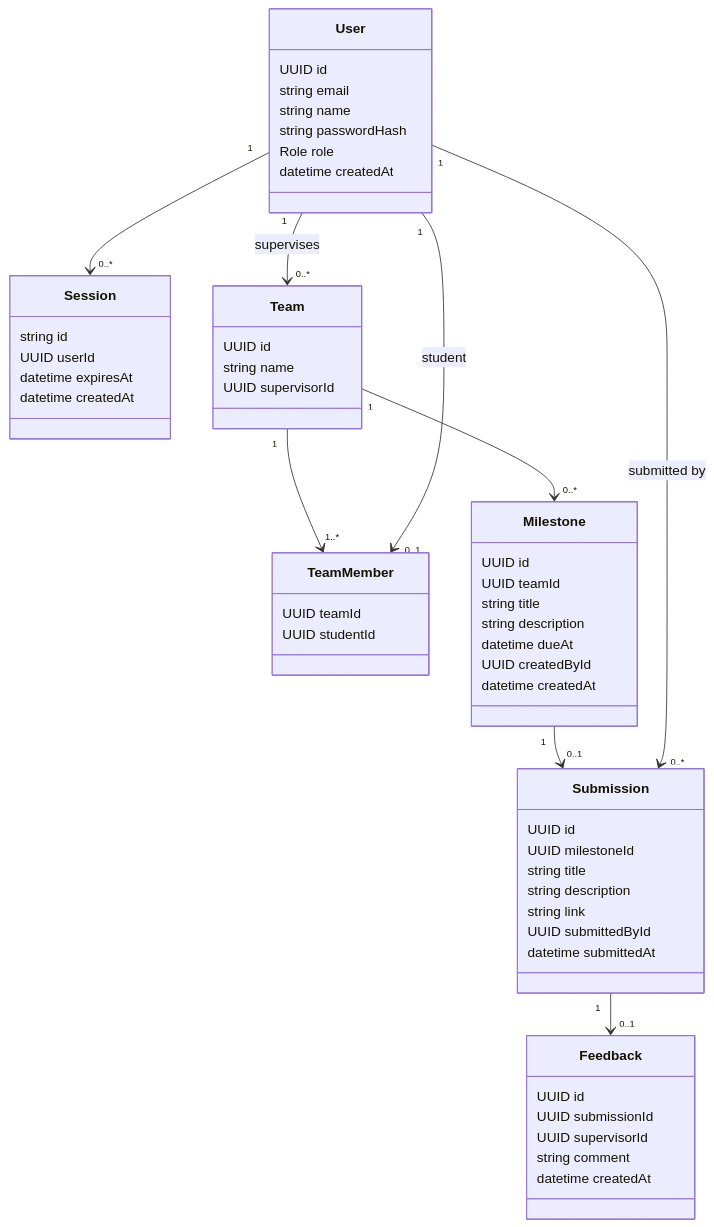
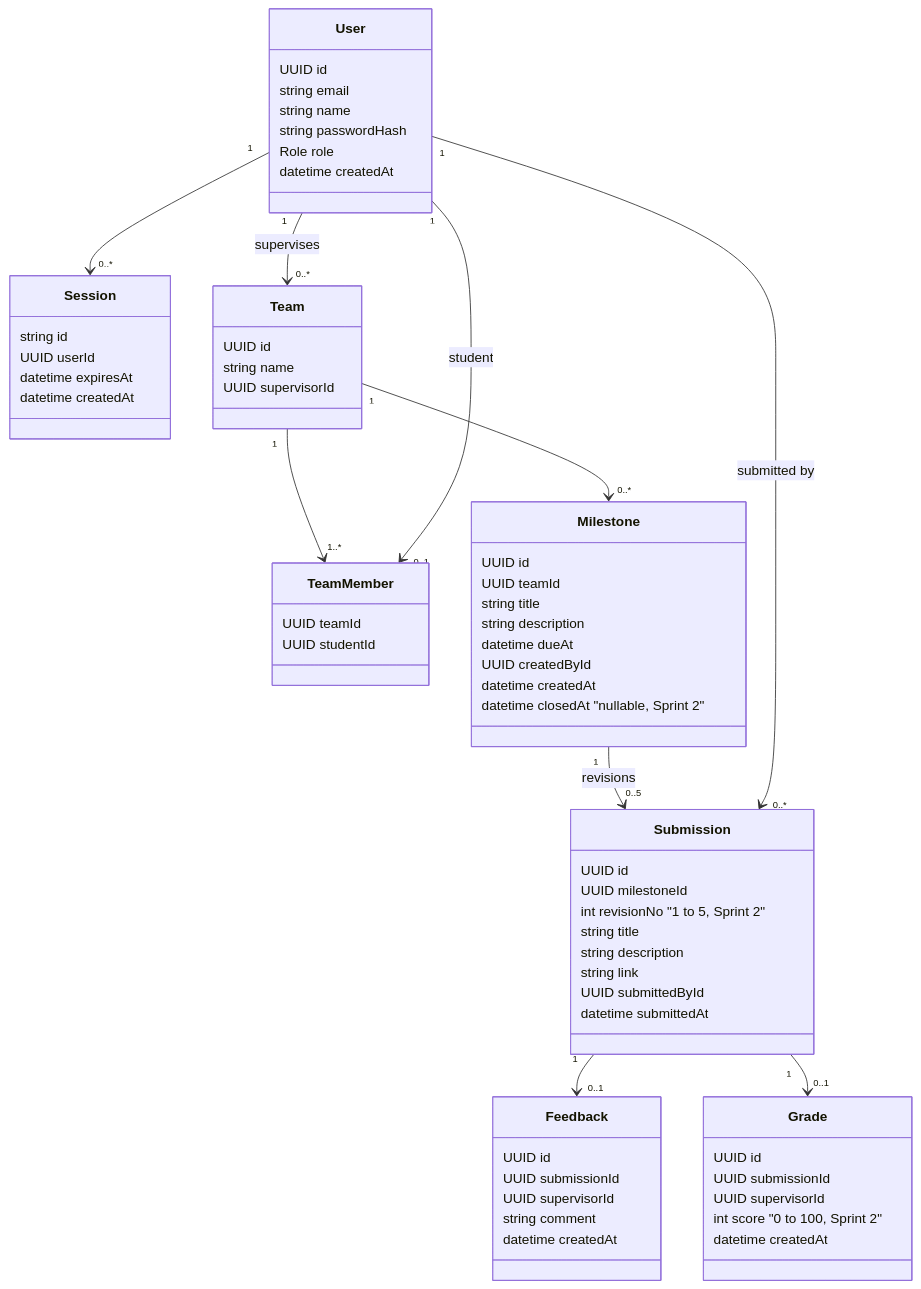
One commit to N0M3KM/CPMS changed the second of 2 diagrams in docs/system-sds.md. Above: the diagram before and after it, drawn with Mermaid. The commit also changed other lines of this file and 19 other files, not shown here.

````diff
--- a/docs/system-sds.md
+++ b/docs/system-sds.md
@@ -35,59 +36,69 @@
 ```mermaid
 classDiagram
   class User {
     UUID id
     string email
     string name
     string passwordHash
     Role role
     datetime createdAt
   }
   class Session {
     string id
     UUID userId
     datetime expiresAt
     datetime createdAt
   }
   class Team {
     UUID id
     string name
     UUID supervisorId
   }
   class TeamMember {
     UUID teamId
     UUID studentId
   }
   class Milestone {
     UUID id
     UUID teamId
     string title
     string description
     datetime dueAt
     UUID createdById
     datetime createdAt
+    datetime closedAt "nullable, Sprint 2"
   }
   class Submission {
     UUID id
     UUID milestoneId
+    int revisionNo "1 to 5, Sprint 2"
     string title
     string description
     string link
     UUID submittedById
     datetime submittedAt
   }
   class Feedback {
     UUID id
     UUID submissionId
     UUID supervisorId
     string comment
     datetime createdAt
   }
+  class Grade {
+    UUID id
+    UUID submissionId
+    UUID supervisorId
+    int score "0 to 100, Sprint 2"
+    datetime createdAt
+  }
   User "1" --> "0..*" Session
   User "1" --> "0..*" Team : supervises
   Team "1" --> "1..*" TeamMember
   User "1" --> "0..1" TeamMember : student
   Team "1" --> "0..*" Milestone
-  Milestone "1" --> "0..1" Submission
+  Milestone "1" --> "0..5" Submission : revisions
   Submission "1" --> "0..1" Feedback
+  Submission "1" --> "0..1" Grade
   User "1" --> "0..*" Submission : submitted by
 ```
````
